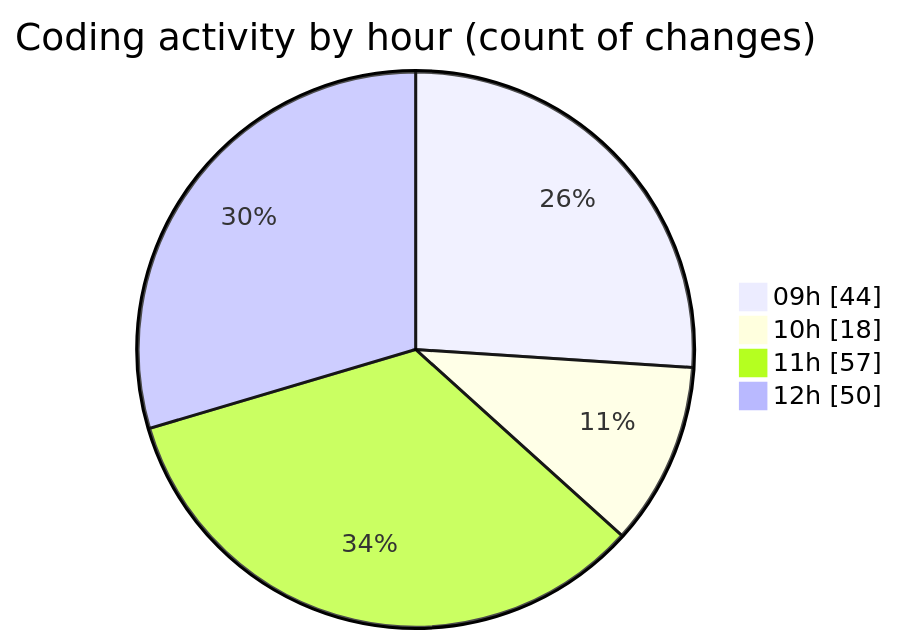
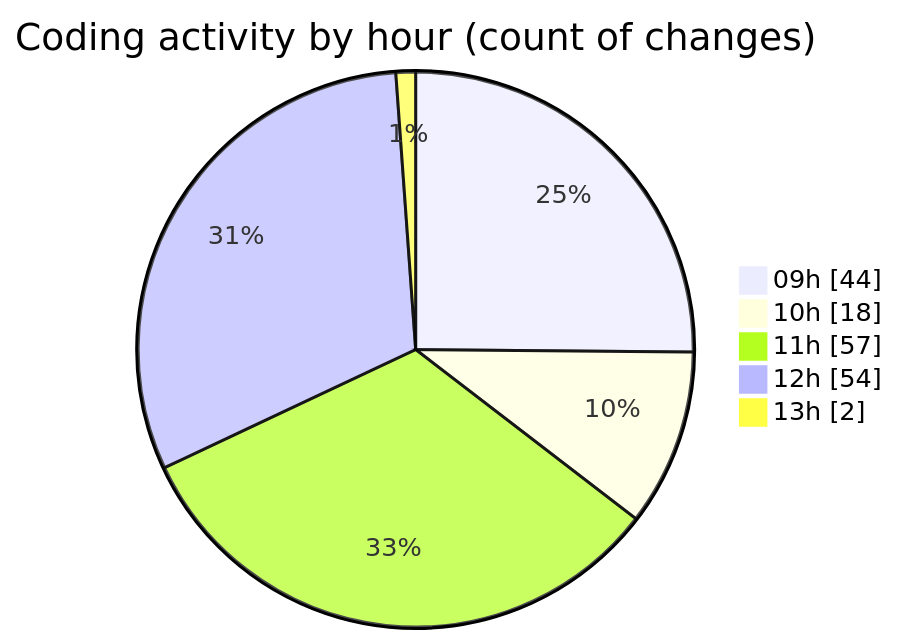
The second of 2 diagrams in 2026-08-07/cda/README.md (momahboobian/code-tracking), drawn with Mermaid before and after one commit. The commit also changed other lines of this file and 1 other file, not shown here.

````diff
--- a/2026-08-07/cda/README.md
+++ b/2026-08-07/cda/README.md
@@ -47,8 +47,9 @@
 ```mermaid
 pie showData
 title Coding activity by hour (count of changes)
 "09h" : 44
 "10h" : 18
 "11h" : 57
-"12h" : 50
+"12h" : 54
+"13h" : 2
 ```
````
